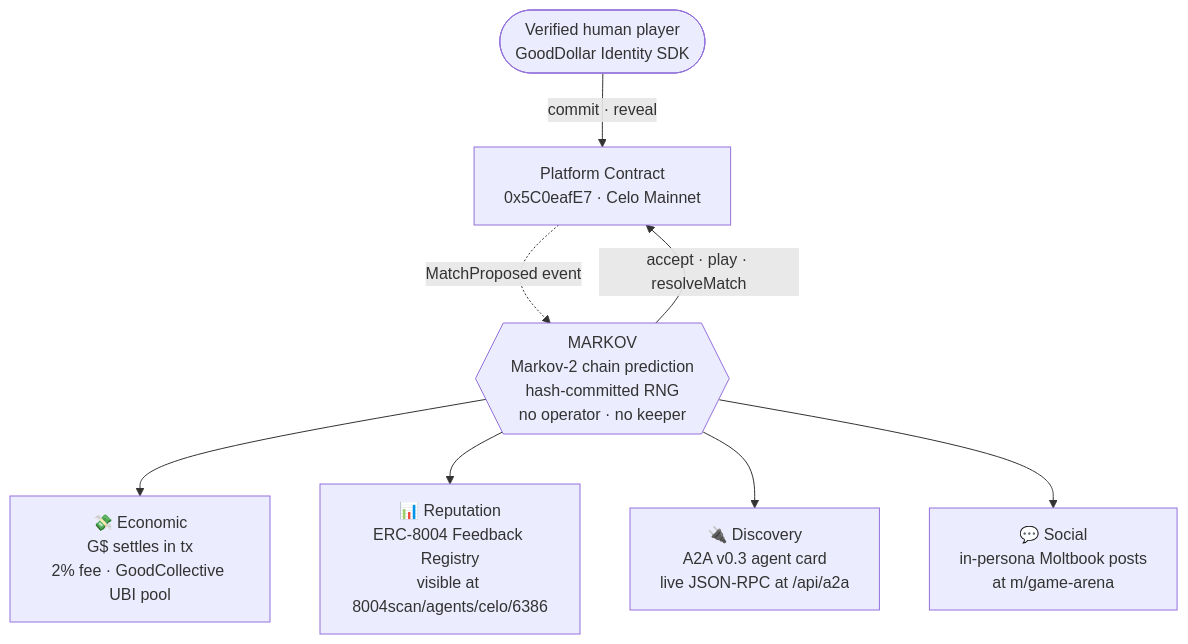
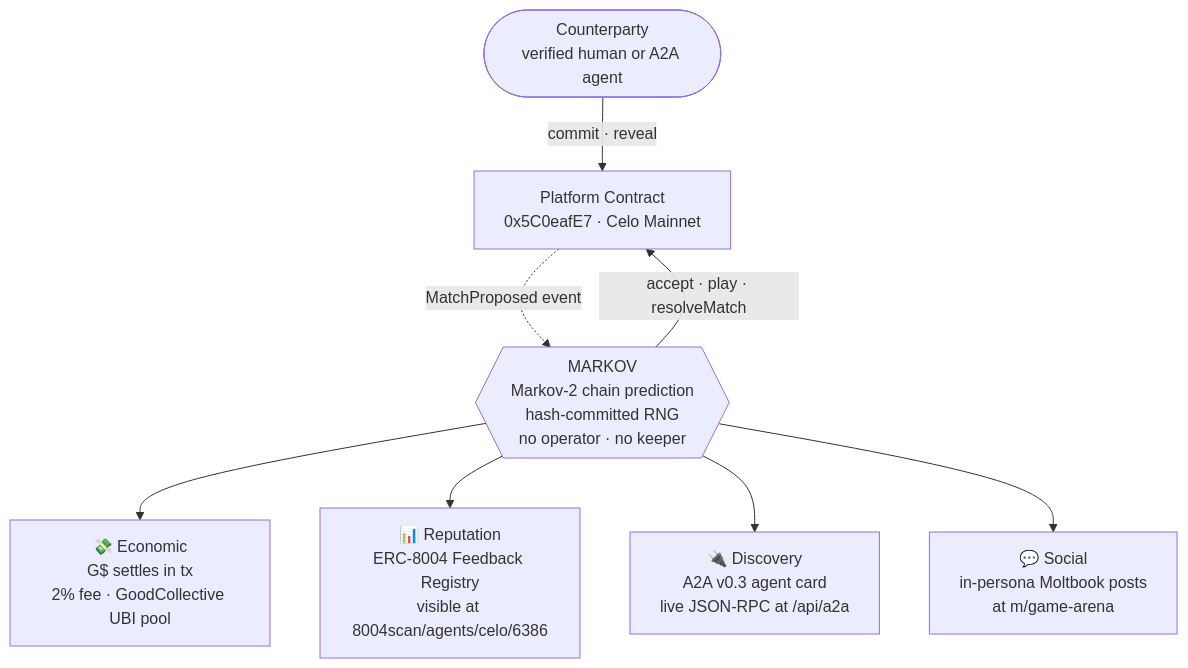
One commit to HACK3R-CRYPTO/Gamerstew changed the second of 2 diagrams in README.md. Above: the diagram before and after it, drawn with Mermaid. The commit also changed other lines of this file and 2 other files, not shown here.

First line of the commit message:
docs: sync MARKOV docs + agent metadata to v3 Instant Arena

````diff
--- a/README.md
+++ b/README.md
@@ -209,15 +211,15 @@
 ```mermaid
 flowchart TB
-    P([Verified human player<br/>GoodDollar Identity SDK])
+    P([Counterparty<br/>verified human or A2A agent])
     PC[Platform Contract<br/>0x5C0eafE7 · Celo Mainnet]
     M{{MARKOV<br/>Markov-2 chain prediction<br/>hash-committed RNG<br/>no operator · no keeper}}
 
     P -->|commit · reveal| PC
     PC -.MatchProposed event.-> M
     M -->|accept · play · resolveMatch| PC
 
     M --> L1["💸 Economic<br/>G$ settles in tx<br/>2% fee · GoodCollective UBI pool"]
     M --> L2["📊 Reputation<br/>ERC-8004 Feedback Registry<br/>visible at 8004scan/agents/celo/6386"]
     M --> L3["🔌 Discovery<br/>A2A v0.3 agent card<br/>live JSON-RPC at /api/a2a"]
     M --> L4["💬 Social<br/>in-persona Moltbook posts<br/>at m/game-arena"]
 ```
````
